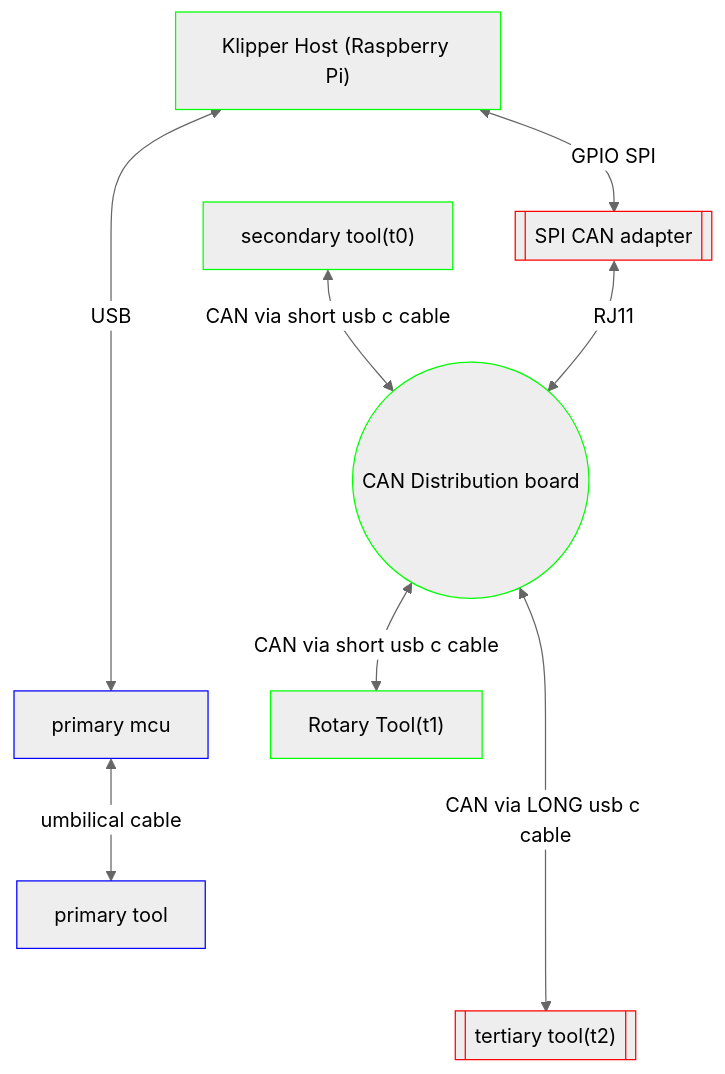
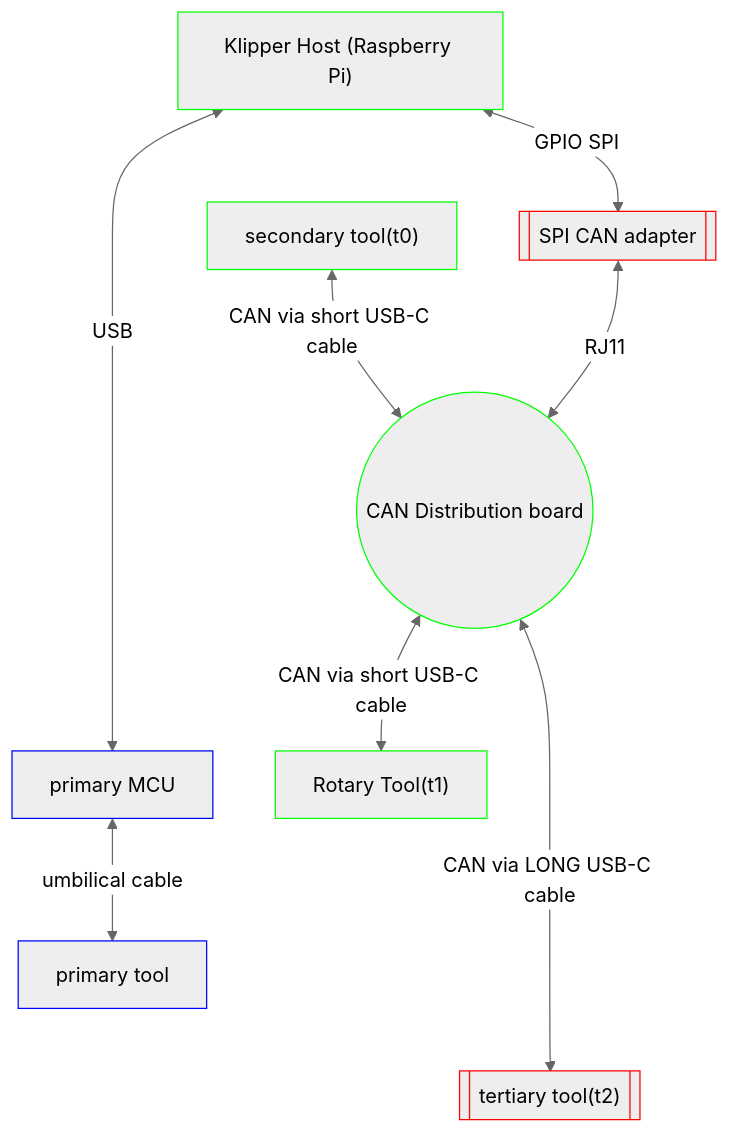
The first of 8 diagrams in can.md (willpuckett/kb_can), drawn with Mermaid (neutral theme) before and after one commit. The commit also changed other lines of this file, not shown here.

Commit message:
include termination in diagrams

````diff
--- a/can.md
+++ b/can.md
@@ -119,22 +129,22 @@
 ```mermaid
 graph TD;
     classDef term stroke:#f00
     classDef can stroke:#0f0
     classDef nc stroke:#00f
 
-    sbc["Klipper Host (Raspberry Pi)"]:::can
+    SBC["Klipper Host (Raspberry Pi)"]:::can
     spi[[SPI CAN adapter]]:::term
     db((CAN Distribution board)):::can
     t0[primary tool]:::nc
     t1["secondary tool(t0)"]:::can
     t2[["tertiary tool(t2)"]]:::term
-    primary[primary mcu]:::nc
+    primary[primary MCU]:::nc
     rotary["Rotary Tool(t1)"]:::can
 
-    t1 <--CAN via short usb c cable--> db
-    sbc <--GPIO SPI--> spi <--RJ11 --> db
-    db <--CAN via short usb c cable--> rotary
-    db <--CAN via LONG usb c cable----> t2
-    sbc <--USB----> primary
+    t1 <--CAN via short USB-C cable--> db
+    SBC <--GPIO SPI--> spi <--RJ11 --> db
+    db <--CAN via short USB-C cable--> rotary
+    db <--CAN via LONG USB-C cable----> t2
+    SBC <--USB----> primary
     primary <-- umbilical cable--> t0
 ```
````
